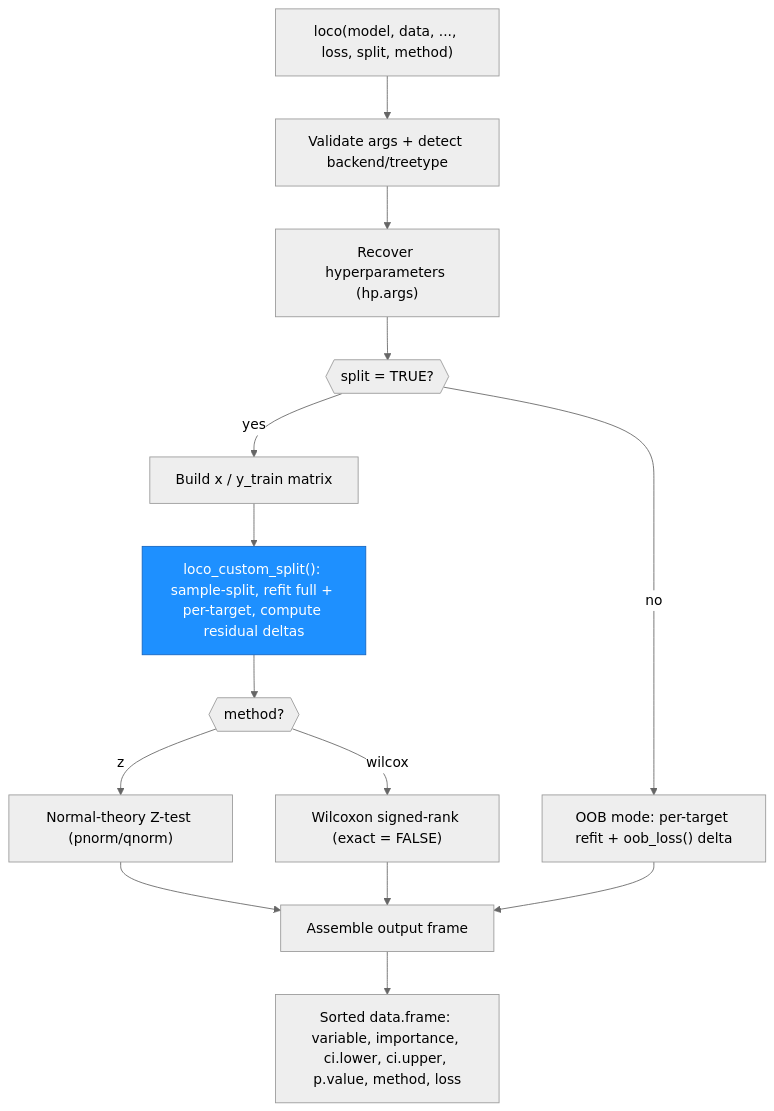
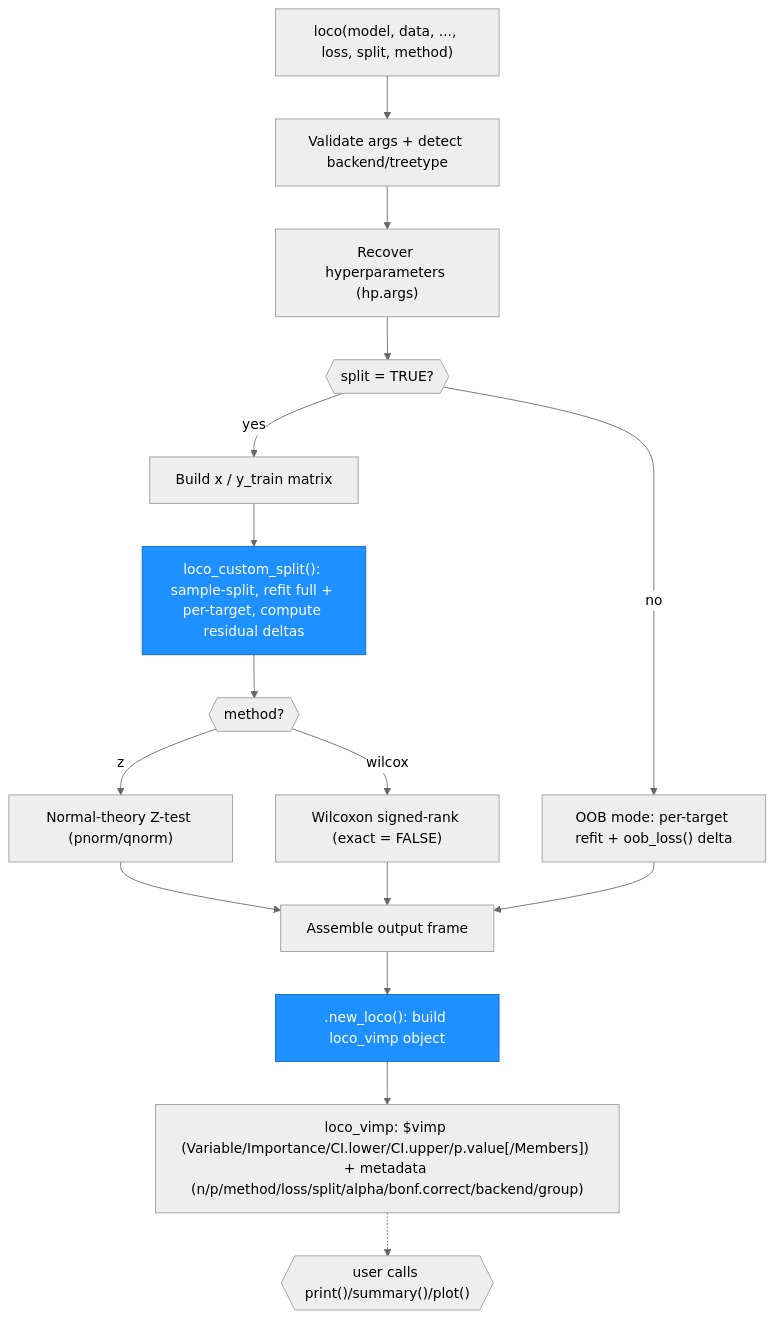
One commit to CetiAlphaFive/UtopiaPlanitia changed the third of 3 diagrams in ARCHITECTURE.md. Above: the diagram before and after it, drawn with Mermaid. The commit also changed other lines of this file and 4 other files, not shown here.

First line of the commit message:
scriber: document loco() S3 methods, clear ARCHITECTURE.md check NOTE

````diff
--- a/ARCHITECTURE.md
+++ b/ARCHITECTURE.md
@@ -188,19 +228,22 @@
 ```mermaid
 %%{init: {'theme': 'neutral'}}%%
 graph TD
     Input["loco(model, data, ..., loss, split, method)"] --> Validate["Validate args + detect backend/treetype"]
     Validate --> Recover["Recover hyperparameters (hp.args)"]
     Recover --> Mode{{"split = TRUE?"}}
     Mode -- yes --> BuildXY["Build x / y_train matrix"]
     BuildXY --> CustomSplit["loco_custom_split(): sample-split, refit full + per-target, compute residual deltas"]
     CustomSplit --> InfMethod{{"method?"}}
     InfMethod -- z --> ZTest["Normal-theory Z-test (pnorm/qnorm)"]
     InfMethod -- wilcox --> WilcoxTest["Wilcoxon signed-rank (exact = FALSE)"]
     ZTest --> Assemble["Assemble output frame"]
     WilcoxTest --> Assemble
     Mode -- no --> OOBLoop["OOB mode: per-target refit + oob_loss() delta"]
     OOBLoop --> Assemble
-    Assemble --> Output["Sorted data.frame: variable, importance, ci.lower, ci.upper, p.value, method, loss"]
+    Assemble --> NewLoco[".new_loco(): build loco_vimp object"]
+    NewLoco --> Output["loco_vimp: $vimp (Variable/Importance/CI.lower/CI.upper/p.value[/Members]) + metadata (n/p/method/loss/split/alpha/bonf.correct/backend/group)"]
+    Output -.-> Dispatch{{"user calls print()/summary()/plot()"}}
 
     style CustomSplit fill:#1e90ff,stroke:#1565c0,color:#fff
+    style NewLoco fill:#1e90ff,stroke:#1565c0,color:#fff
 ```
````
